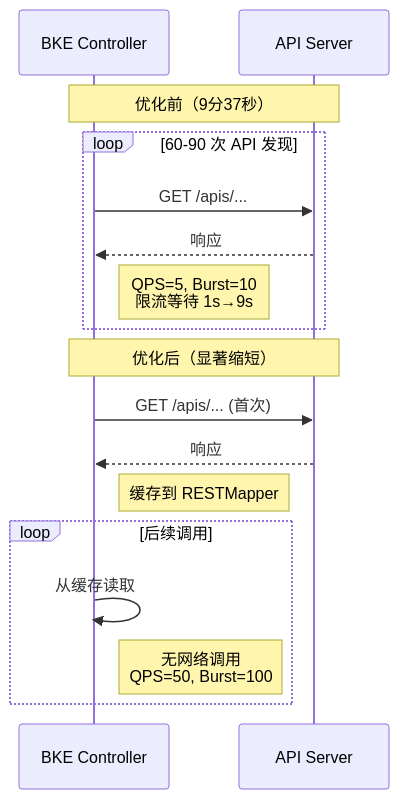
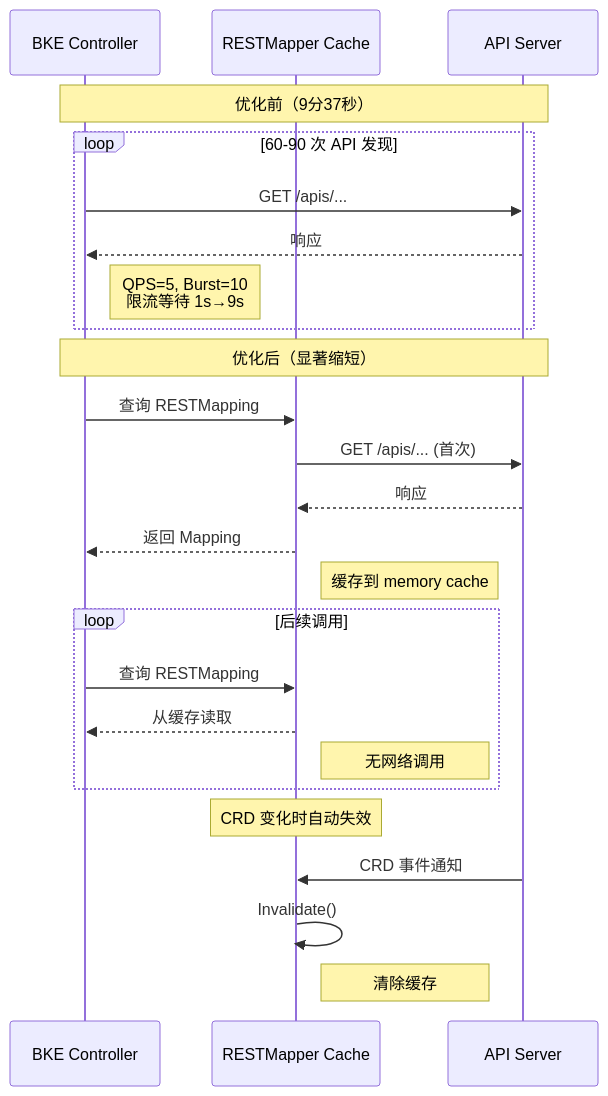
The second of 7 diagrams in code/performance/report/api-throttling-optimization.md (javadoors/cluster-api-provider-bke), drawn with Mermaid before and after one commit. The commit also changed other lines of this file, not shown here.

````diff
--- a/code/performance/report/api-throttling-optimization.md
+++ b/code/performance/report/api-throttling-optimization.md
@@ -341,21 +589,29 @@
 ```mermaid
 sequenceDiagram
     participant Client as BKE Controller
+    participant Cache as RESTMapper Cache
     participant API as API Server
     
     Note over Client,API: 优化前（9分37秒）
     loop 60-90 次 API 发现
         Client->>API: GET /apis/...
         API-->>Client: 响应
         Note right of Client: QPS=5, Burst=10<br/>限流等待 1s→9s
     end
     
     Note over Client,API: 优化后（显著缩短）
-    Client->>API: GET /apis/... (首次)
-    API-->>Client: 响应
-    Note right of Client: 缓存到 RESTMapper
+    Client->>Cache: 查询 RESTMapping
+    Cache->>API: GET /apis/... (首次)
+    API-->>Cache: 响应
+    Cache-->>Client: 返回 Mapping
+    Note right of Cache: 缓存到 memory cache
     loop 后续调用
-        Client->>Client: 从缓存读取
-        Note right of Client: 无网络调用<br/>QPS=50, Burst=100
+        Client->>Cache: 查询 RESTMapping
+        Cache-->>Client: 从缓存读取
+        Note right of Cache: 无网络调用
     end
+    Note over Cache: CRD 变化时自动失效
+    API->>Cache: CRD 事件通知
+    Cache->>Cache: Invalidate()
+    Note right of Cache: 清除缓存
 ```
````
